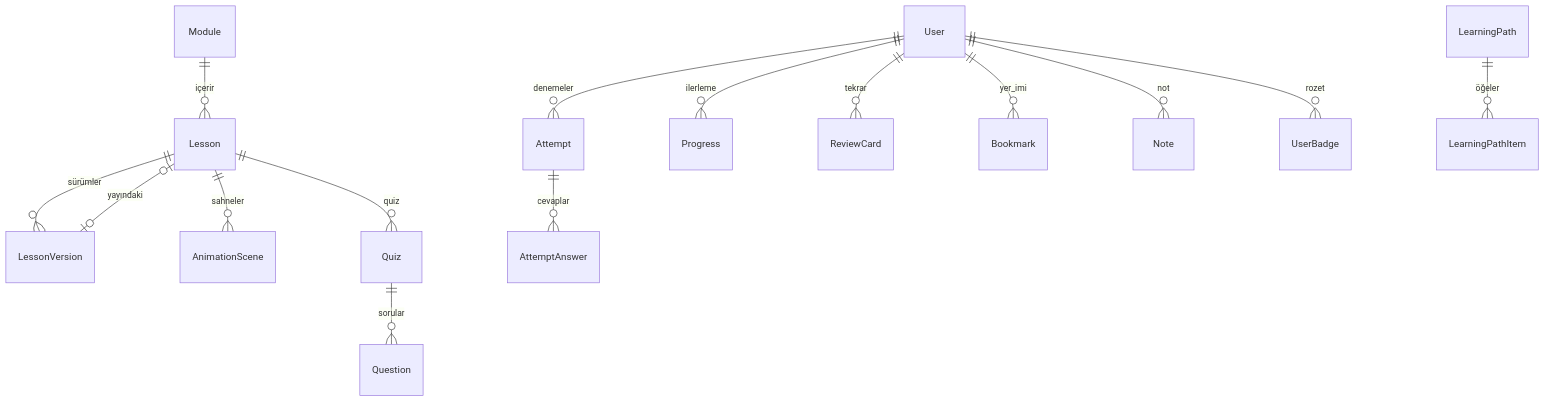
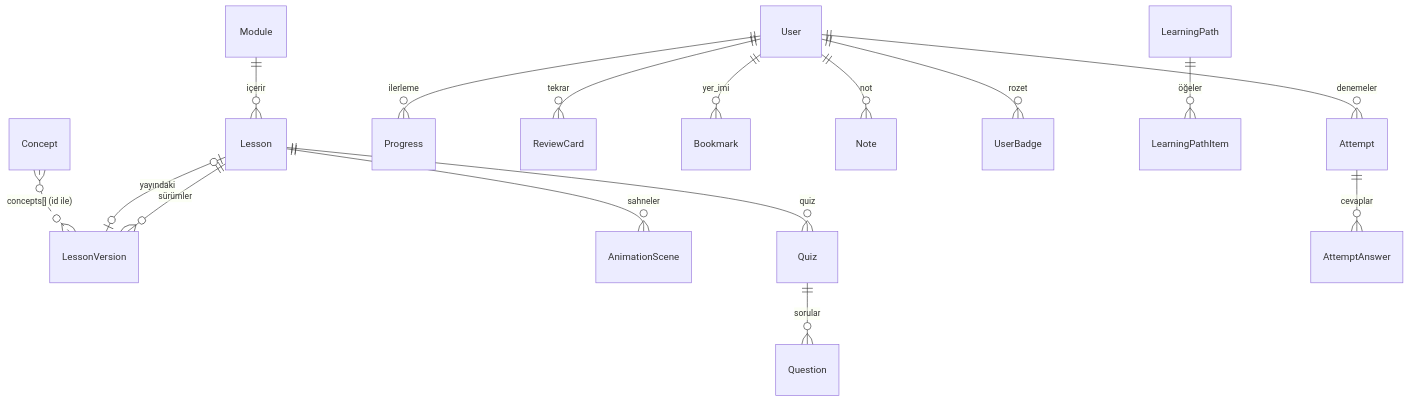
Before and after one commit to Sabridemr/dev-academy: the second of 2 diagrams in docs/architecture.md, drawn with Mermaid. The commit also changed other lines of this file and 1 other file, not shown here.

Commit message:
docs: kavram sözlüğü (concepts.json) kılavuzu ve mimari notları

````diff
--- a/docs/architecture.md
+++ b/docs/architecture.md
@@ -72,17 +72,18 @@
 ```mermaid
 erDiagram
   Module ||--o{ Lesson : içerir
   Lesson ||--o{ LessonVersion : sürümler
   Lesson |o--o| LessonVersion : yayındaki
   Lesson ||--o{ AnimationScene : sahneler
   Lesson ||--o{ Quiz : quiz
   Quiz ||--o{ Question : sorular
   User ||--o{ Attempt : denemeler
   Attempt ||--o{ AttemptAnswer : cevaplar
   User ||--o{ Progress : ilerleme
   User ||--o{ ReviewCard : tekrar
   User ||--o{ Bookmark : yer_imi
   User ||--o{ Note : not
   User ||--o{ UserBadge : rozet
   LearningPath ||--o{ LearningPathItem : öğeler
+  Concept }o..o{ LessonVersion : "concepts[] (id ile)"
 ```
````
